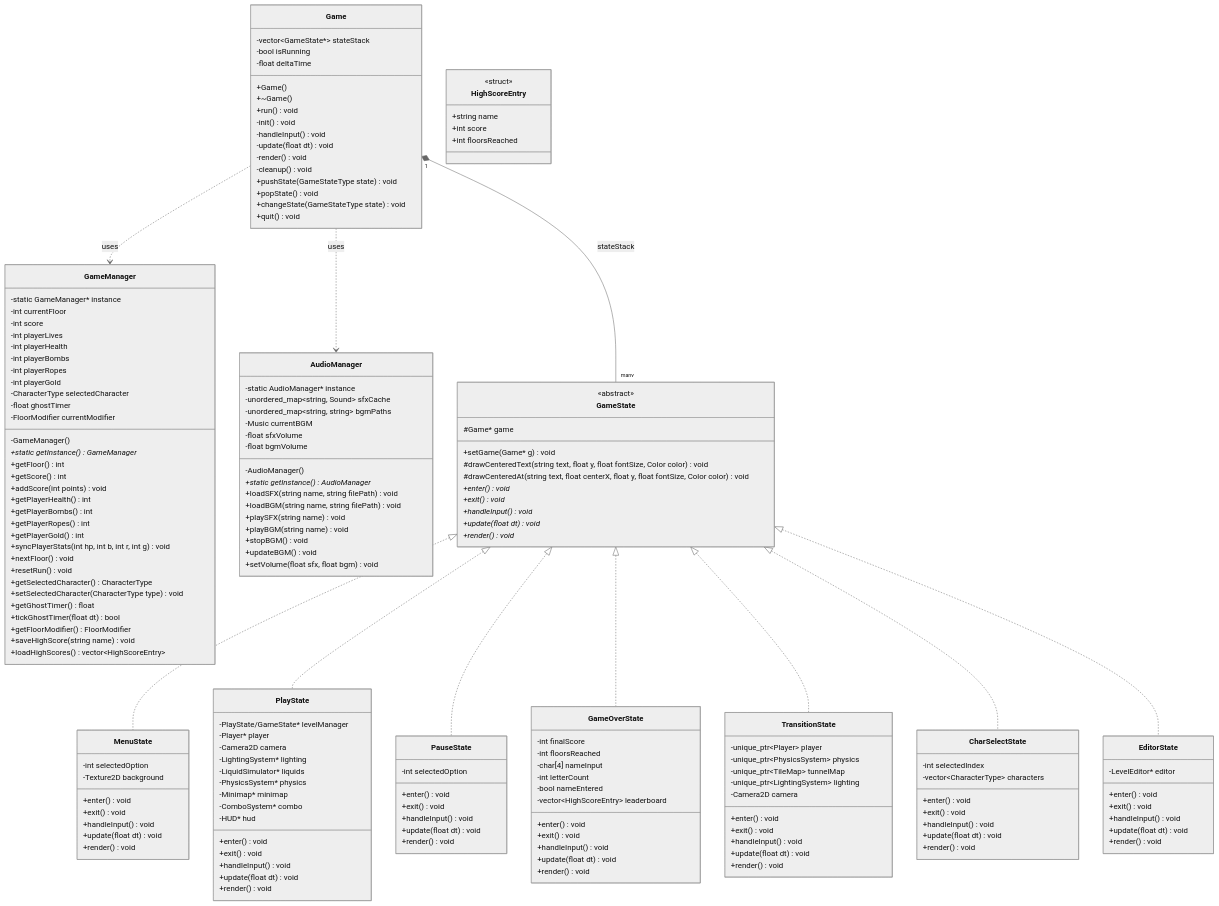
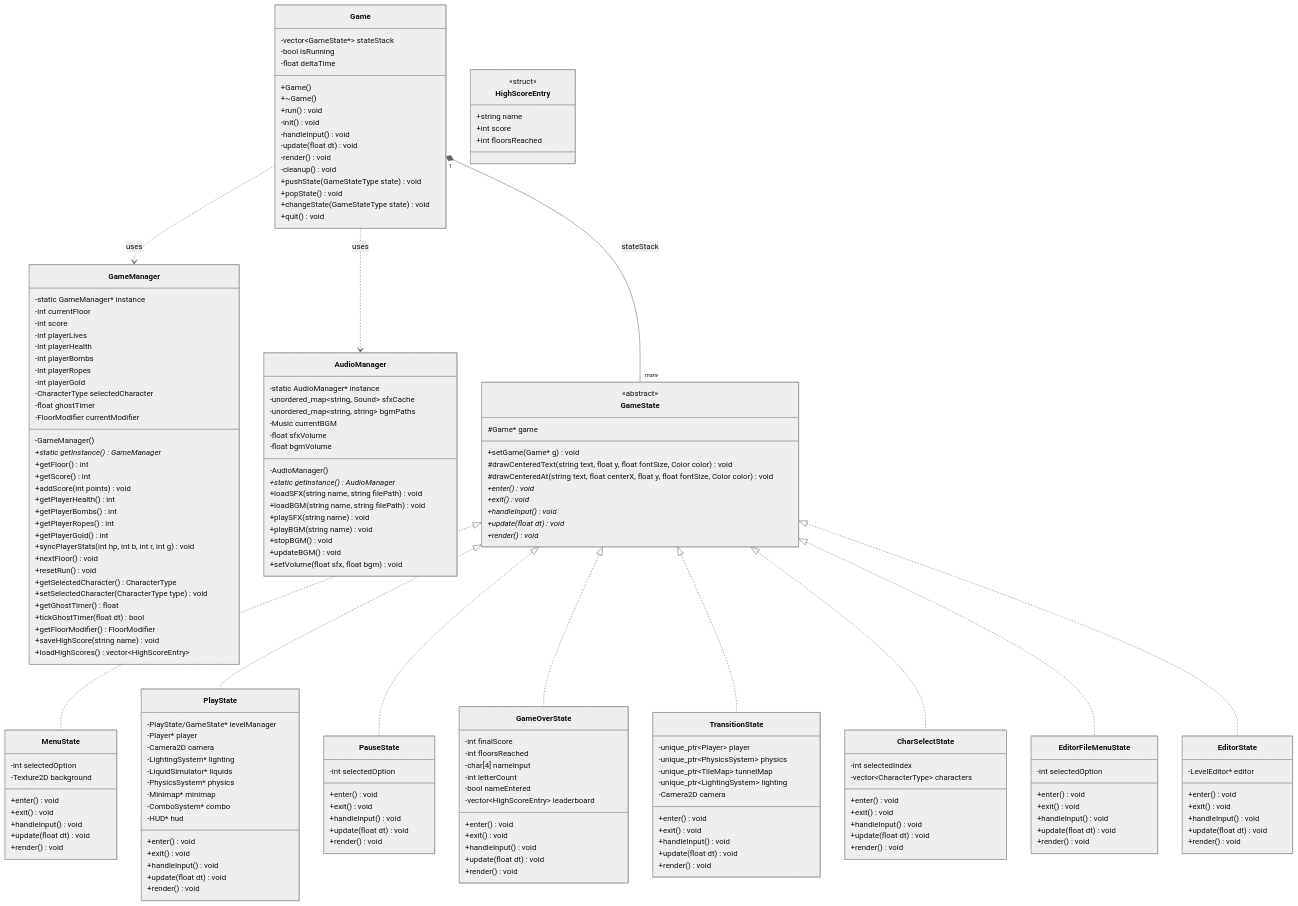
One commit to Gasmask-Chan/CS202-Cavern-Descent changed the first of 8 diagrams in project_plan.md. Above: the diagram before and after it, drawn with Mermaid (neutral theme). The commit also changed other lines of this file and 12 other files, not shown here.

```diff
--- a/project_plan.md
+++ b/project_plan.md
@@ -468,6 +468,15 @@
         +render() void
     }
 
+    class EditorFileMenuState {
+        -int selectedOption
+        +enter() void
+        +exit() void
+        +handleInput() void
+        +update(float dt) void
+        +render() void
+    }
+
     class EditorState {
         -LevelEditor* editor
         +enter() void
@@ -484,6 +493,7 @@
     GameState <|.. GameOverState
     GameState <|.. TransitionState
     GameState <|.. CharSelectState
+    GameState <|.. EditorFileMenuState
     GameState <|.. EditorState
     Game ..> GameManager : uses
     Game ..> AudioManager : uses
```
